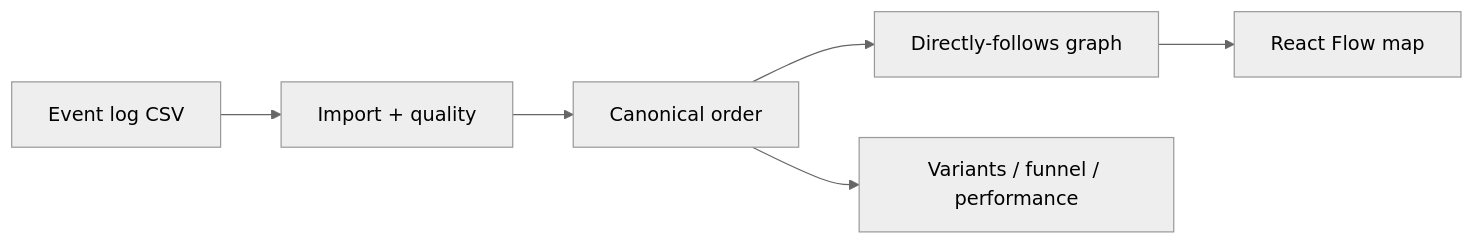
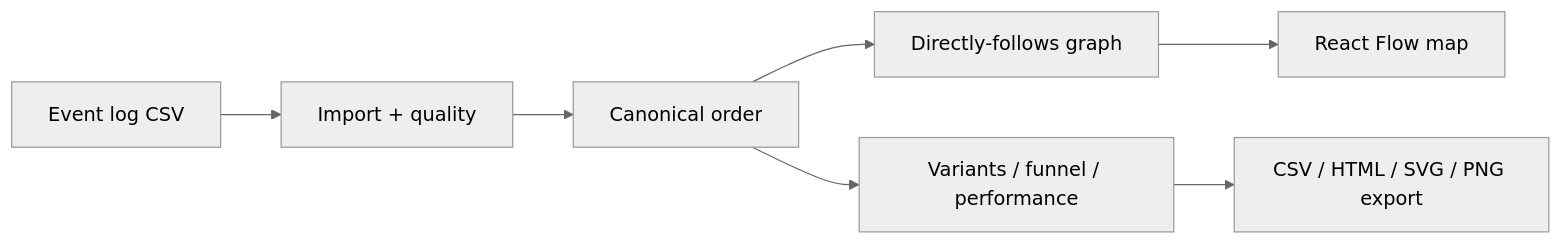
Before and after one commit to hasanhuseyinyetkiner/hiring-process-miner: the diagram in README.md, drawn with Mermaid (neutral theme). The commit also changed other lines of this file and 20 other files, not shown here.

````diff
--- a/README.md
+++ b/README.md
@@ -41,8 +71,9 @@
 ```mermaid
 flowchart LR
   CSV[Event log CSV] --> I[Import + quality]
   I --> O[Canonical order]
   O --> DFG[Directly-follows graph]
   O --> KPI[Variants / funnel / performance]
   DFG --> UI[React Flow map]
+  KPI --> EXP[CSV / HTML / SVG / PNG export]
 ```
````
